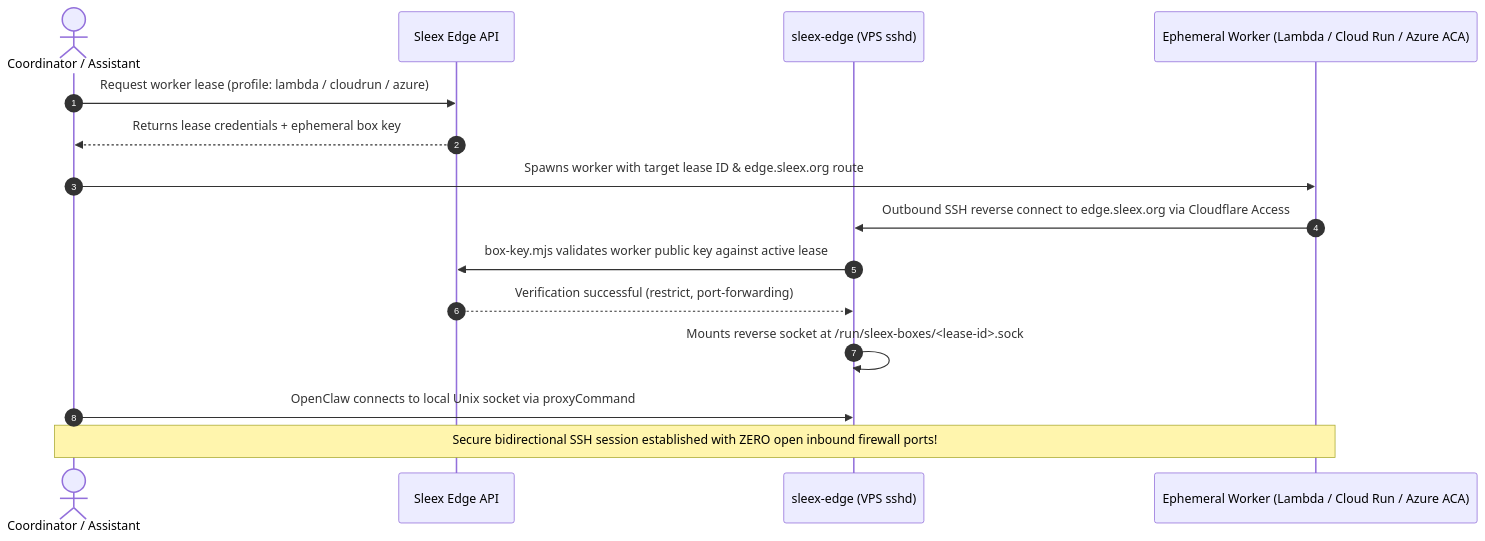
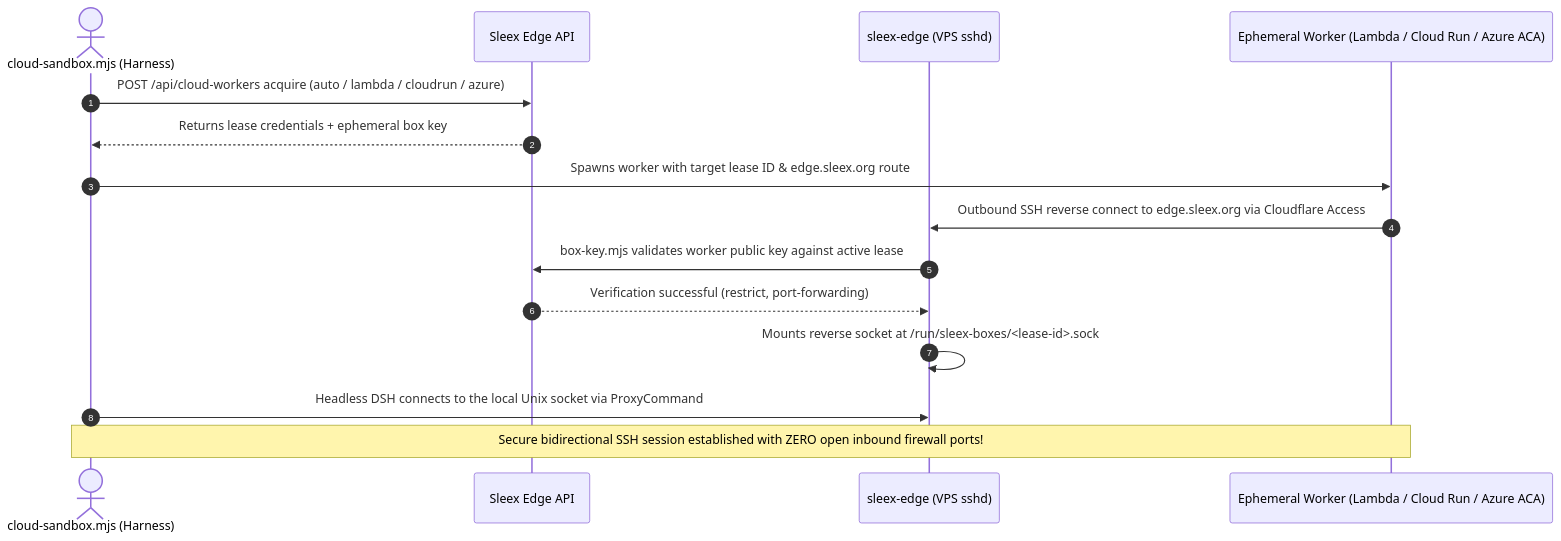
One commit to pixca-net/sleex-docs changed the third of 3 diagrams in docs/sleex-presentation.md. Above: the diagram before and after it, drawn with Mermaid. The commit also changed other lines of this file and 18 other files, not shown here.

First line of the commit message:
Deck: replace the retired OpenClaw stack with DeepSeek Harness

````diff
--- a/docs/sleex-presentation.md
+++ b/docs/sleex-presentation.md
@@ -151,18 +154,18 @@
 ```mermaid
 sequenceDiagram
     autonumber
-    actor C as Coordinator / Assistant
+    actor C as cloud-sandbox.mjs (Harness)
     participant S as Sleex Edge API
     participant E as sleex-edge (VPS sshd)
     participant W as Ephemeral Worker (Lambda / Cloud Run / Azure ACA)
 
-    C->>S: Request worker lease (profile: lambda / cloudrun / azure)
+    C->>S: POST /api/cloud-workers acquire (auto / lambda / cloudrun / azure)
     S-->>C: Returns lease credentials + ephemeral box key
     C->>W: Spawns worker with target lease ID & edge.sleex.org route
     W->>E: Outbound SSH reverse connect to edge.sleex.org via Cloudflare Access
     E->>S: box-key.mjs validates worker public key against active lease
     S-->>E: Verification successful (restrict, port-forwarding)
     E->>E: Mounts reverse socket at /run/sleex-boxes/<lease-id>.sock
-    C->>E: OpenClaw connects to local Unix socket via proxyCommand
+    C->>E: Headless DSH connects to the local Unix socket via ProxyCommand
     Note over C,W: Secure bidirectional SSH session established with ZERO open inbound firewall ports!
 ```
````
